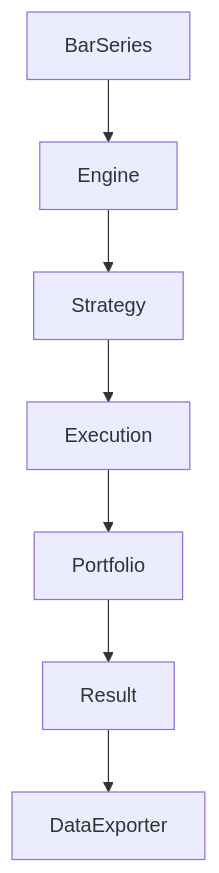
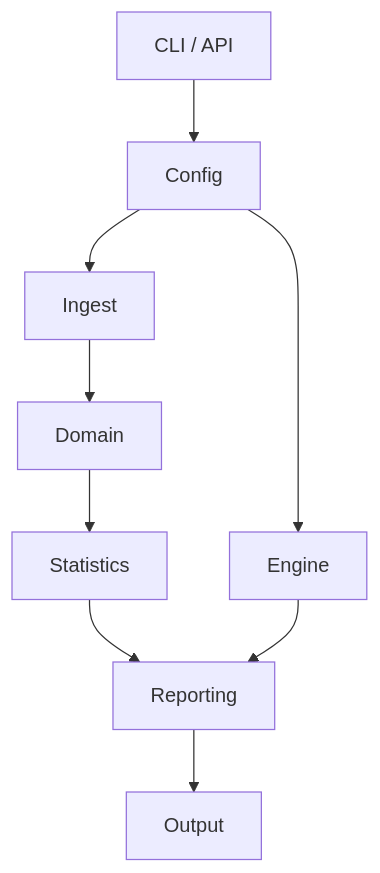
Before and after one commit to diwiw/QuantGradesApp: the first of 2 diagrams in README.md, drawn with Mermaid. The commit also changed other lines of this file and 2 other files, not shown here.

`````diff
--- a/README.md
+++ b/README.md
@@ -123,9 +304,11 @@
 ````mermaid
 flowchart TD
-    A[BarSeries] --> B[Engine]
-    B --> C[Strategy]
-    C --> D[Execution]
-    D --> E[Portfolio]
-    E --> F[Result]
-    F --> G[DataExporter]
+    CLI[CLI / API] --> Config
+    Config --> Ingest
+    Config --> Engine
+    Ingest --> Domain
+    Domain --> Statistics
+    Statistics --> Reporting
+    Reporting --> Output
+    Engine --> Reporting
 ````
`````
